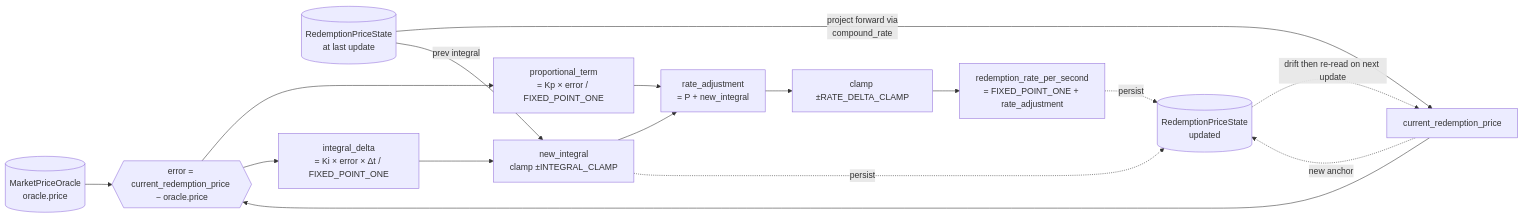
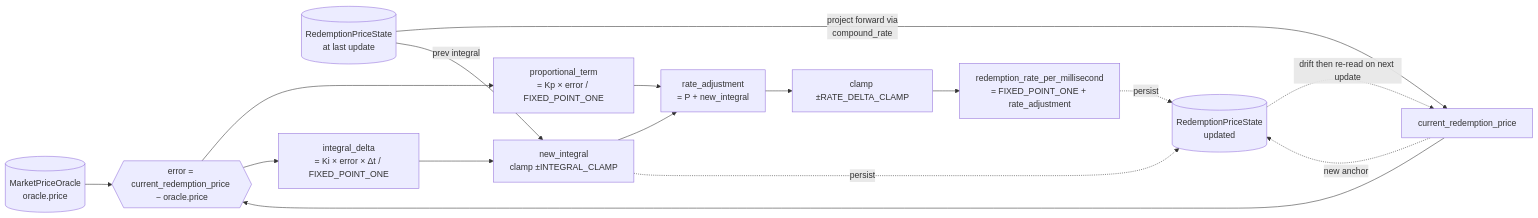
Before and after one commit to logos-blockchain/lez-programs: the second of 14 diagrams in stablecoin/docs/README.md, drawn with Mermaid. The commit also changed other lines of this file, not shown here.

````diff
--- a/stablecoin/docs/README.md
+++ b/stablecoin/docs/README.md
@@ -515,25 +516,25 @@
 ```mermaid
 flowchart LR
     Oracle[(MarketPriceOracle<br/>oracle.price)]
     StateOld[(RedemptionPriceState<br/>at last update)]
 
     StateOld -->|project forward via<br/>compound_rate| CurRP[current_redemption_price]
     CurRP --> Err{{error = current_redemption_price − oracle.price}}
     Oracle --> Err
 
     Err --> P[proportional_term<br/>= Kp × error / FIXED_POINT_ONE]
     Err --> IDelta[integral_delta<br/>= Ki × error × Δt / FIXED_POINT_ONE]
 
     StateOld -->|prev integral| IClamp
     IDelta --> IClamp[new_integral<br/>clamp ±INTEGRAL_CLAMP]
 
     P --> RAdj["rate_adjustment<br/>= P + new_integral"]
     IClamp --> RAdj
     RAdj --> RClamp[clamp ±RATE_DELTA_CLAMP]
-    RClamp --> NewRate[redemption_rate_per_second<br/>= FIXED_POINT_ONE + rate_adjustment]
+    RClamp --> NewRate[redemption_rate_per_millisecond<br/>= FIXED_POINT_ONE + rate_adjustment]
 
     NewRate -.persist.-> StateNew[(RedemptionPriceState<br/>updated)]
     CurRP -.new anchor.-> StateNew
     IClamp -.persist.-> StateNew
     StateNew -. drift then re-read on next update .-> CurRP
 ```
````
